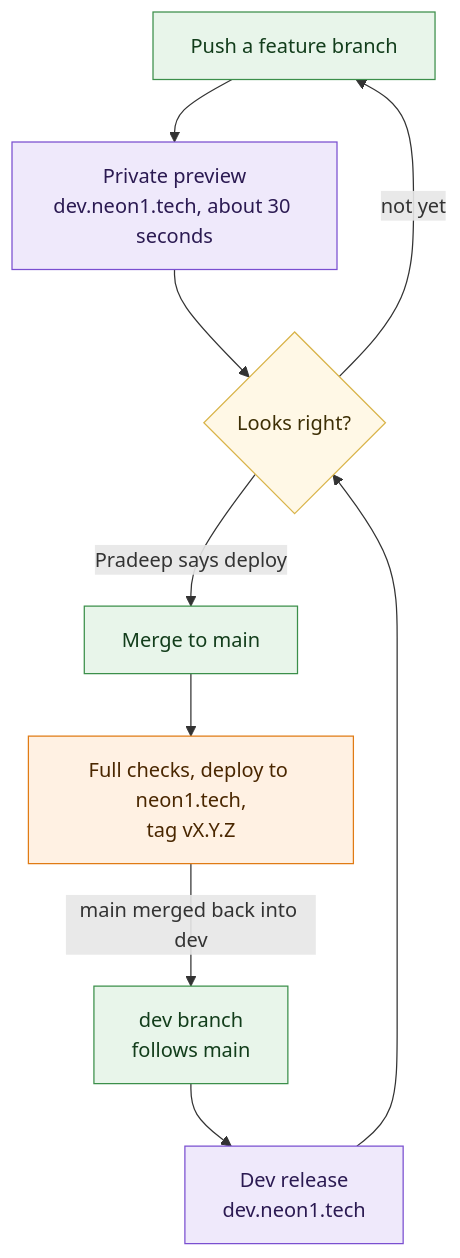
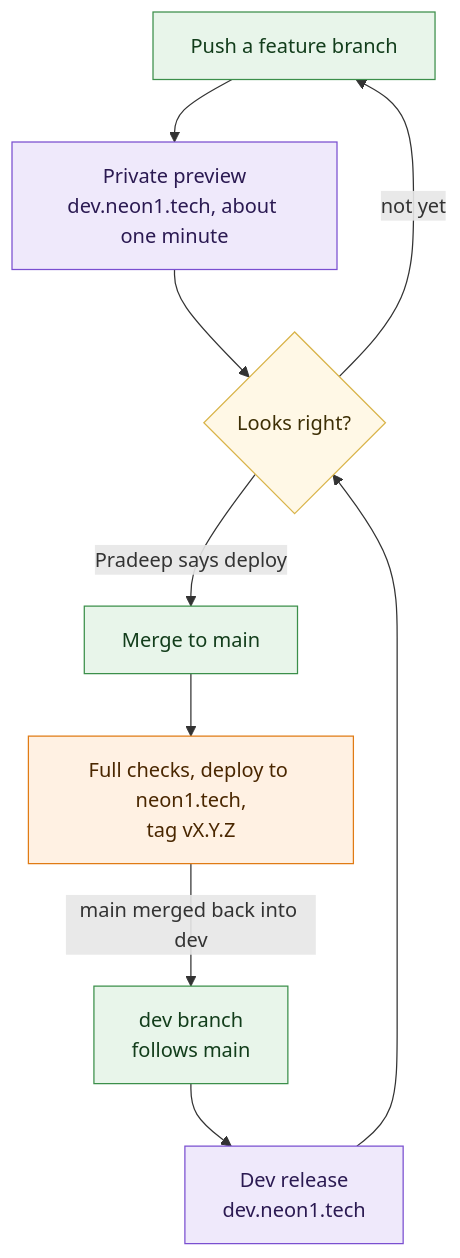
Diagram 11 of 14 in corpus/company/architecture.md (neon1llc/neon1-corpus), drawn with Mermaid before and after one commit. The commit also changed other lines of this file and 4 other files, not shown here.

````diff
--- a/corpus/company/architecture.md
+++ b/corpus/company/architecture.md
@@ -362,17 +391,17 @@
 ```mermaid
-%% alt: Flowchart of the dev to production workflow. A push to any feature branch builds a private preview of that branch on dev.neon1.tech in about 30 seconds. The dev branch, which follows main, is the dev release at dev.neon1.tech. When a batch looks right, Pradeep says deploy, and the work is merged to main. Main runs the full checks, deploys to neon1.tech, and tags vX.Y.Z. After every push to main, main is merged back into the dev branch, so dev always starts from what is live.
+%% alt: Flowchart of the dev to production workflow. A push to any feature branch builds a private preview of that branch on dev.neon1.tech in about one minute. The dev branch, which follows main, is the dev release at dev.neon1.tech. When a batch looks right, Pradeep says deploy, and the work is merged to main. Main runs the full checks, deploys to neon1.tech, and tags vX.Y.Z. After every push to main, main is merged back into the dev branch, then attempts to rebuild dev alongside production.
 flowchart TD
-  branch["Push a feature branch"]:::step --> preview["Private preview<br/>dev.neon1.tech, about 30 seconds"]:::dev
+  branch["Push a feature branch"]:::step --> preview["Private preview<br/>dev.neon1.tech, about one minute"]:::dev
   dev["dev branch<br/>follows main"]:::step --> devrel["Dev release<br/>dev.neon1.tech"]:::dev
   preview --> look{"Looks right?"}:::decision
   devrel --> look
   look -->|not yet| branch
   look -->|"Pradeep says deploy"| main["Merge to main"]:::step
   main --> prod["Full checks, deploy to neon1.tech,<br/>tag vX.Y.Z"]:::prod
   prod -->|"main merged back into dev"| dev
 
   classDef step fill:#e8f5ea,stroke:#3b8f4a,color:#123d1b
   classDef dev fill:#efe9fb,stroke:#7a4fd0,color:#2b1a52
   classDef decision fill:#fff8e6,stroke:#d9b44a,color:#3d2f05
   classDef prod fill:#fff1e3,stroke:#e07b14,color:#4a2700
 ```
````
